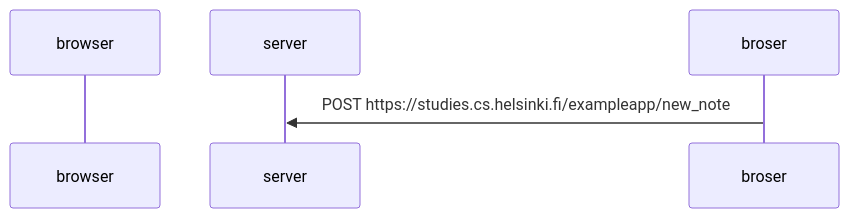
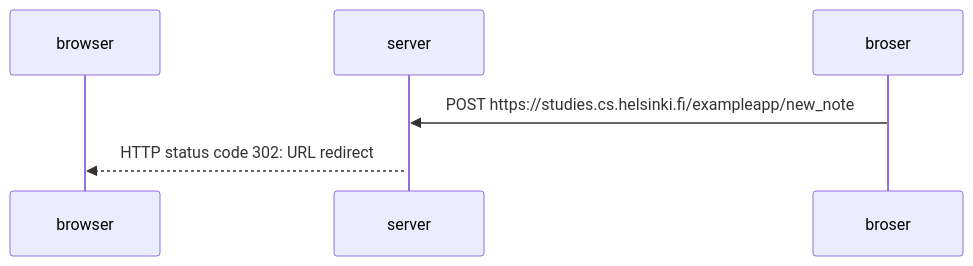
Before and after one commit to valli259/Fullstack-exercises: the diagram in part0/exercise0-4.md, drawn with Mermaid.

````diff
--- a/part0/exercise0-4.md
+++ b/part0/exercise0-4.md
@@ -1,7 +1,9 @@
 ```mermaid
   sequenceDiagram
     participant browser
     participant server
 
     broser->>server: POST https://studies.cs.helsinki.fi/exampleapp/new_note
+activate server
+server-->>browser: HTTP status code 302: URL redirect
 ```
````
